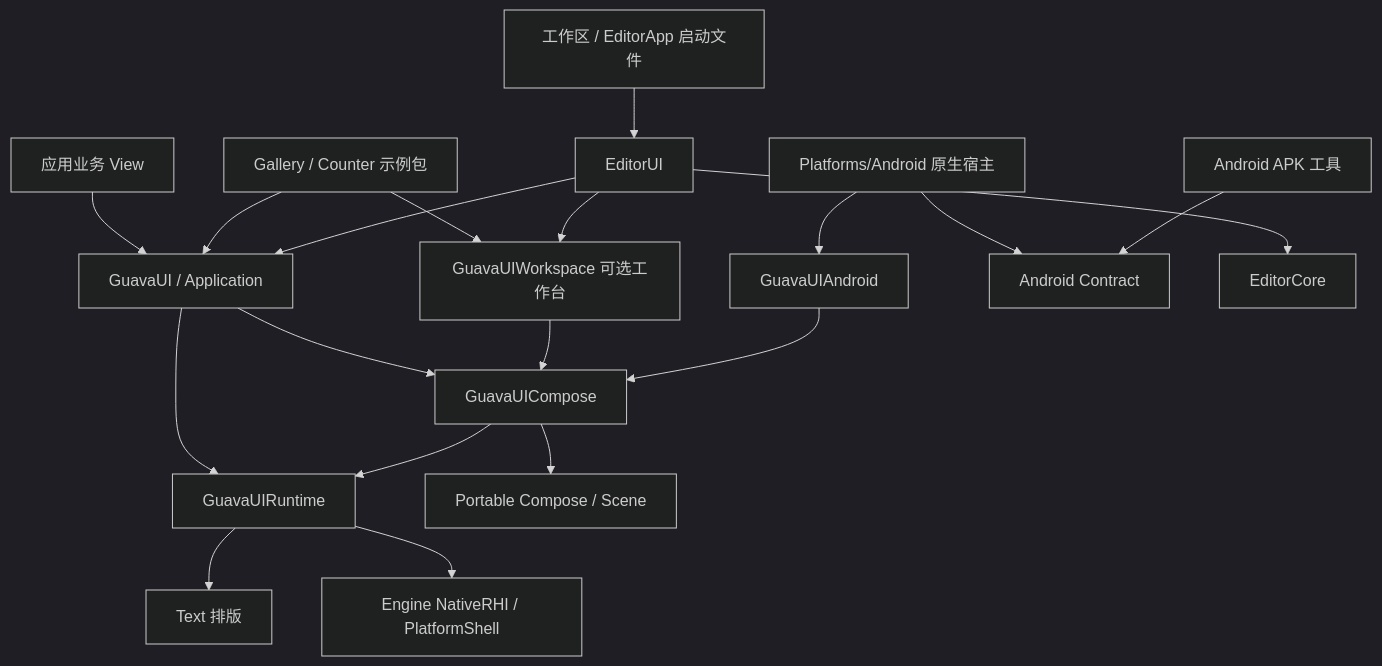
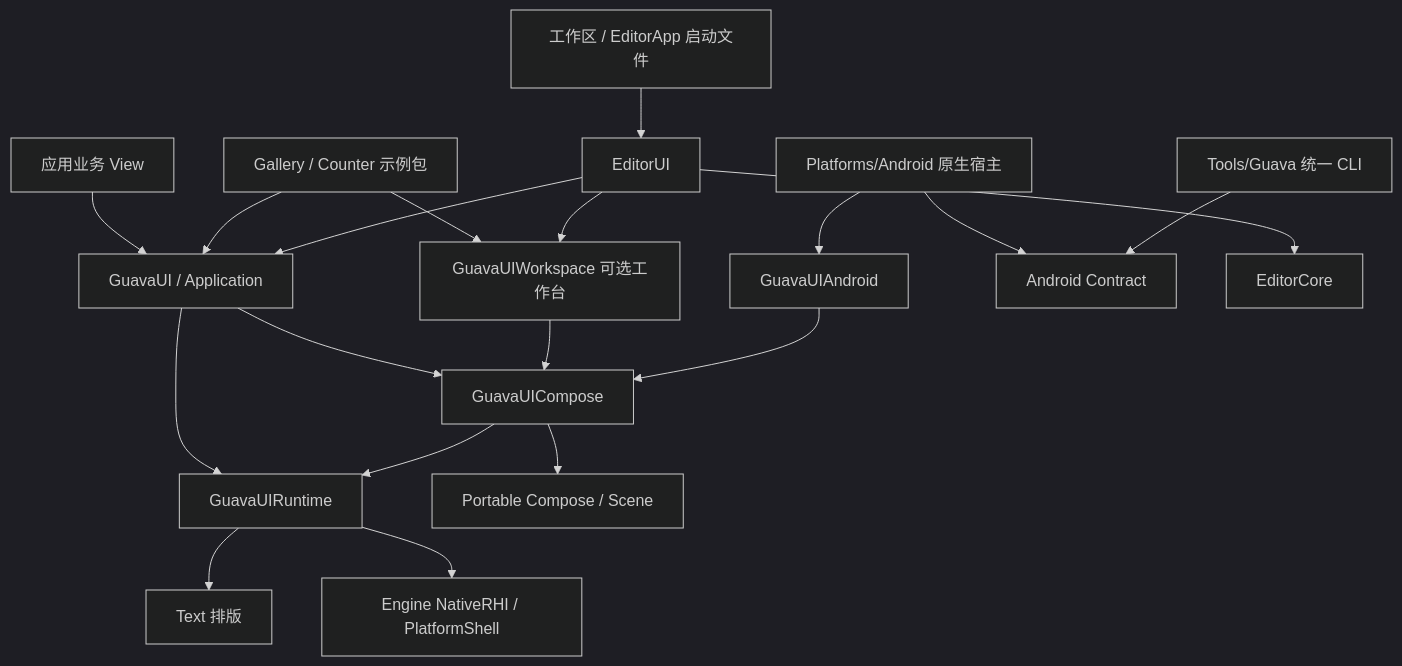
The diagram in docs/architecture/module-boundaries.md (AlexCat315/Diffuse), drawn with Mermaid (dark theme) before and after one commit. The commit also changed other lines of this file and 82 other files, not shown here.

Commit message:
feat(GuavaCLI): 添加 Guava 应用模板及相关资源

````diff
--- a/docs/architecture/module-boundaries.md
+++ b/docs/architecture/module-boundaries.md
@@ -33,21 +34,21 @@
 ```mermaid
 flowchart TD
   Client[应用业务 View] --> UI[GuavaUI / Application]
   UI --> Compose[GuavaUICompose]
   UI --> Runtime[GuavaUIRuntime]
   Workspace[GuavaUIWorkspace 可选工作台] --> Compose
   Compose --> Portable[Portable Compose / Scene]
   Compose --> Runtime
   Runtime --> Text[Text 排版]
   Runtime --> Engine[Engine NativeRHI / PlatformShell]
   AndroidHost[Platforms/Android 原生宿主] --> AndroidUI[GuavaUIAndroid]
   AndroidUI --> Compose
   AndroidHost --> Contract[Android Contract]
-  APK[Android APK 工具] --> Contract
+  CLI[Tools/Guava 统一 CLI] --> Contract
   Examples[Gallery / Counter 示例包] --> UI
   Examples --> Workspace
   EditorUI[EditorUI] --> UI
   EditorUI --> Workspace
   EditorUI --> EditorCore[EditorCore]
   Root[工作区 / EditorApp 启动文件] --> EditorUI
 ```
````
